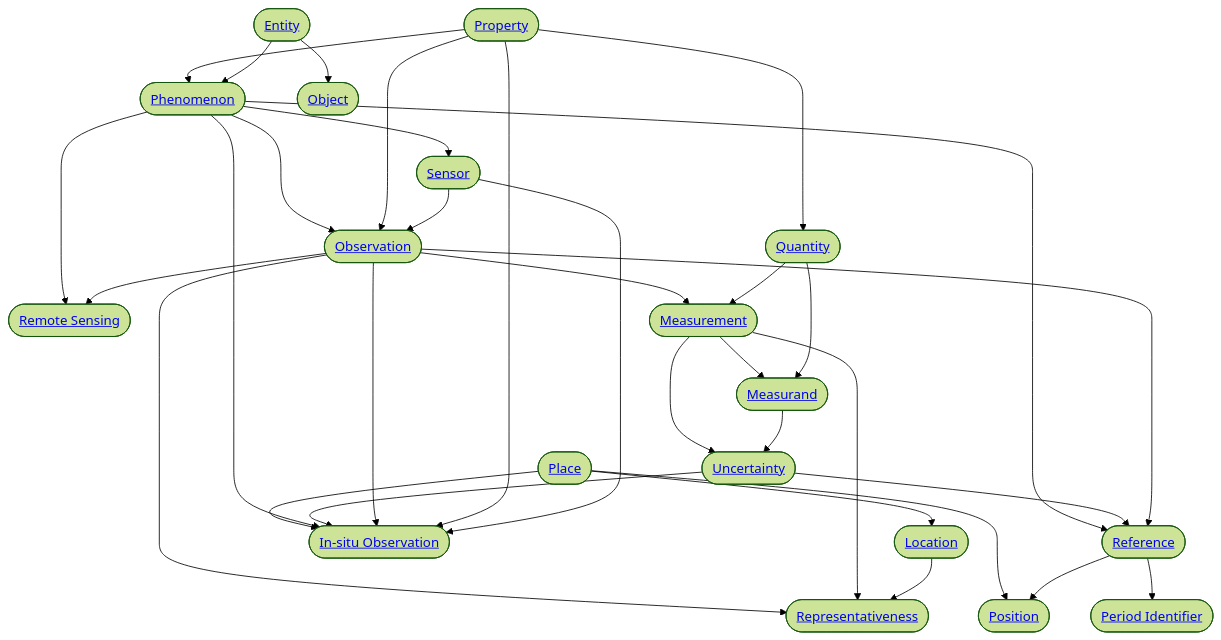
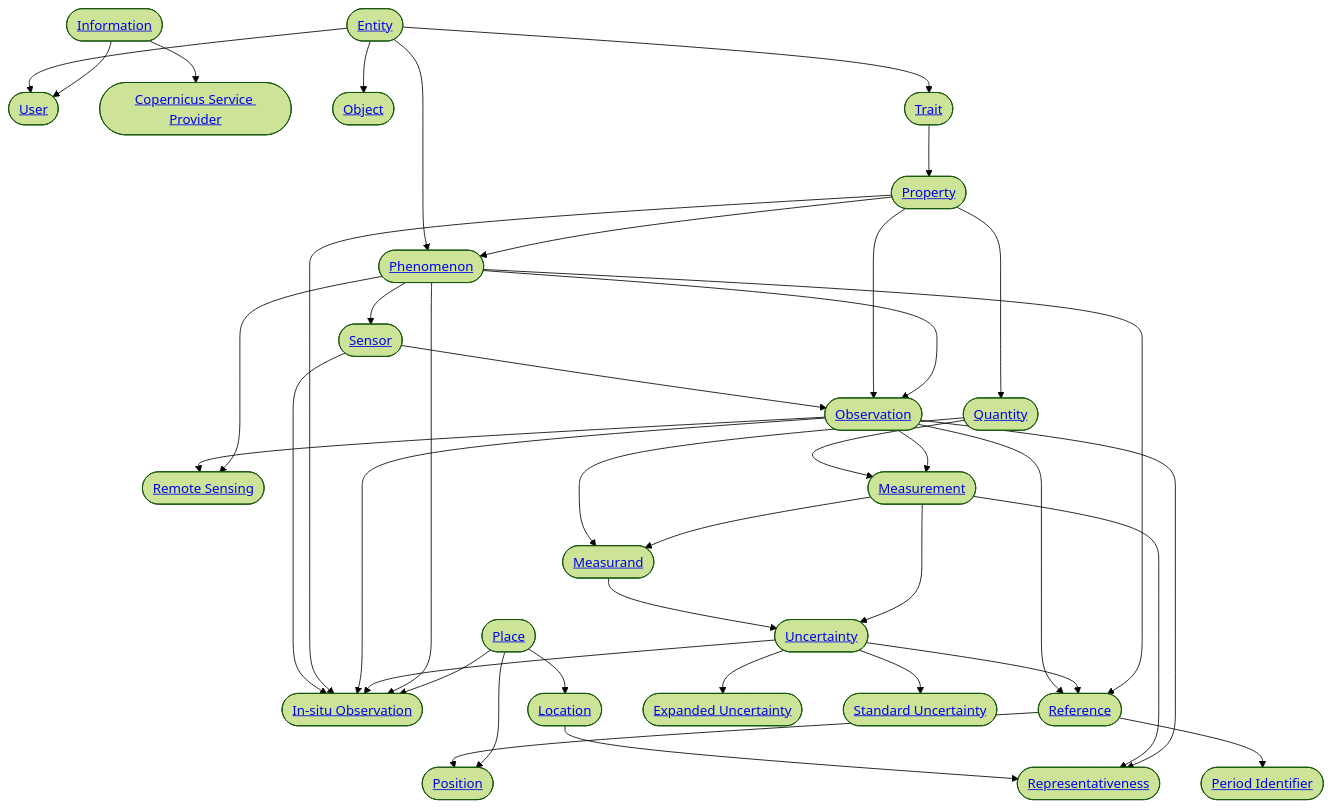
Before and after one commit to do-me/kceo_glossary: the diagram in docs/mermaid.md, drawn with Mermaid (forest theme). The commit also changed 11 other files, not shown here.

````diff
--- a/docs/mermaid.md
+++ b/docs/mermaid.md
@@ -1,35 +1,42 @@
 ```mermaid
 flowchart TD;
+    id_place(["<a href='../place'>Place</a>"]) --> id_position(["<a href='../position'>Position</a>"]);
+    id_place(["<a href='../place'>Place</a>"]) --> id_in-situ_observation(["<a href='../in-situ_observation'>In-situ Observation</a>"]);
     id_place(["<a href='../place'>Place</a>"]) --> id_location(["<a href='../location'>Location</a>"]);
-    id_place(["<a href='../place'>Place</a>"]) --> id_in-situ_observation(["<a href='../in-situ_observation'>In-situ Observation</a>"]);
-    id_place(["<a href='../place'>Place</a>"]) --> id_position(["<a href='../position'>Position</a>"]);
+    id_reference(["<a href='../reference'>Reference</a>"]) --> id_position(["<a href='../position'>Position</a>"]);
     id_reference(["<a href='../reference'>Reference</a>"]) --> id_period_identifier(["<a href='../period_identifier'>Period Identifier</a>"]);
-    id_reference(["<a href='../reference'>Reference</a>"]) --> id_position(["<a href='../position'>Position</a>"]);
-    id_phenomenon(["<a href='../phenomenon'>Phenomenon</a>"]) --> id_sensor(["<a href='../sensor'>Sensor</a>"]);
-    id_phenomenon(["<a href='../phenomenon'>Phenomenon</a>"]) --> id_reference(["<a href='../reference'>Reference</a>"]);
+    id_phenomenon(["<a href='../phenomenon'>Phenomenon</a>"]) --> id_observation(["<a href='../observation'>Observation</a>"]);
     id_phenomenon(["<a href='../phenomenon'>Phenomenon</a>"]) --> id_in-situ_observation(["<a href='../in-situ_observation'>In-situ Observation</a>"]);
     id_phenomenon(["<a href='../phenomenon'>Phenomenon</a>"]) --> id_remote_sensing(["<a href='../remote_sensing'>Remote Sensing</a>"]);
-    id_phenomenon(["<a href='../phenomenon'>Phenomenon</a>"]) --> id_observation(["<a href='../observation'>Observation</a>"]);
+    id_phenomenon(["<a href='../phenomenon'>Phenomenon</a>"]) --> id_reference(["<a href='../reference'>Reference</a>"]);
+    id_phenomenon(["<a href='../phenomenon'>Phenomenon</a>"]) --> id_sensor(["<a href='../sensor'>Sensor</a>"]);
+    id_uncertainty(["<a href='../uncertainty'>Uncertainty</a>"]) --> id_expanded_uncertainty(["<a href='../expanded_uncertainty'>Expanded Uncertainty</a>"]);
     id_uncertainty(["<a href='../uncertainty'>Uncertainty</a>"]) --> id_reference(["<a href='../reference'>Reference</a>"]);
+    id_uncertainty(["<a href='../uncertainty'>Uncertainty</a>"]) --> id_standard_uncertainty(["<a href='../standard_uncertainty'>Standard Uncertainty</a>"]);
     id_uncertainty(["<a href='../uncertainty'>Uncertainty</a>"]) --> id_in-situ_observation(["<a href='../in-situ_observation'>In-situ Observation</a>"]);
+    id_observation(["<a href='../observation'>Observation</a>"]) --> id_in-situ_observation(["<a href='../in-situ_observation'>In-situ Observation</a>"]);
+    id_observation(["<a href='../observation'>Observation</a>"]) --> id_measurement(["<a href='../measurement'>Measurement</a>"]);
+    id_observation(["<a href='../observation'>Observation</a>"]) --> id_representativeness(["<a href='../representativeness'>Representativeness</a>"]);
+    id_observation(["<a href='../observation'>Observation</a>"]) --> id_remote_sensing(["<a href='../remote_sensing'>Remote Sensing</a>"]);
     id_observation(["<a href='../observation'>Observation</a>"]) --> id_reference(["<a href='../reference'>Reference</a>"]);
-    id_observation(["<a href='../observation'>Observation</a>"]) --> id_representativeness(["<a href='../representativeness'>Representativeness</a>"]);
-    id_observation(["<a href='../observation'>Observation</a>"]) --> id_measurement(["<a href='../measurement'>Measurement</a>"]);
-    id_observation(["<a href='../observation'>Observation</a>"]) --> id_in-situ_observation(["<a href='../in-situ_observation'>In-situ Observation</a>"]);
-    id_observation(["<a href='../observation'>Observation</a>"]) --> id_remote_sensing(["<a href='../remote_sensing'>Remote Sensing</a>"]);
-    id_measurement(["<a href='../measurement'>Measurement</a>"]) --> id_uncertainty(["<a href='../uncertainty'>Uncertainty</a>"]);
     id_measurement(["<a href='../measurement'>Measurement</a>"]) --> id_representativeness(["<a href='../representativeness'>Representativeness</a>"]);
     id_measurement(["<a href='../measurement'>Measurement</a>"]) --> id_measurand(["<a href='../measurand'>Measurand</a>"]);
+    id_measurement(["<a href='../measurement'>Measurement</a>"]) --> id_uncertainty(["<a href='../uncertainty'>Uncertainty</a>"]);
     id_measurand(["<a href='../measurand'>Measurand</a>"]) --> id_uncertainty(["<a href='../uncertainty'>Uncertainty</a>"]);
+    id_information(["<a href='../information'>Information</a>"]) --> id_user(["<a href='../user'>User</a>"]);
+    id_information(["<a href='../information'>Information</a>"]) --> id_copernicus_service_provider(["<a href='../copernicus_service_provider'>Copernicus Service Provider</a>"]);
+    id_property(["<a href='../property'>Property</a>"]) --> id_quantity(["<a href='../quantity'>Quantity</a>"]);
     id_property(["<a href='../property'>Property</a>"]) --> id_observation(["<a href='../observation'>Observation</a>"]);
     id_property(["<a href='../property'>Property</a>"]) --> id_in-situ_observation(["<a href='../in-situ_observation'>In-situ Observation</a>"]);
     id_property(["<a href='../property'>Property</a>"]) --> id_phenomenon(["<a href='../phenomenon'>Phenomenon</a>"]);
-    id_property(["<a href='../property'>Property</a>"]) --> id_quantity(["<a href='../quantity'>Quantity</a>"]);
     id_entity(["<a href='../entity'>Entity</a>"]) --> id_object(["<a href='../object'>Object</a>"]);
+    id_entity(["<a href='../entity'>Entity</a>"]) --> id_user(["<a href='../user'>User</a>"]);
     id_entity(["<a href='../entity'>Entity</a>"]) --> id_phenomenon(["<a href='../phenomenon'>Phenomenon</a>"]);
+    id_entity(["<a href='../entity'>Entity</a>"]) --> id_trait(["<a href='../trait'>Trait</a>"]);
+    id_trait(["<a href='../trait'>Trait</a>"]) --> id_property(["<a href='../property'>Property</a>"]);
     id_quantity(["<a href='../quantity'>Quantity</a>"]) --> id_measurand(["<a href='../measurand'>Measurand</a>"]);
     id_quantity(["<a href='../quantity'>Quantity</a>"]) --> id_measurement(["<a href='../measurement'>Measurement</a>"]);
     id_sensor(["<a href='../sensor'>Sensor</a>"]) --> id_observation(["<a href='../observation'>Observation</a>"]);
     id_sensor(["<a href='../sensor'>Sensor</a>"]) --> id_in-situ_observation(["<a href='../in-situ_observation'>In-situ Observation</a>"]);
     id_location(["<a href='../location'>Location</a>"]) --> id_representativeness(["<a href='../representativeness'>Representativeness</a>"]);
 ```
````
